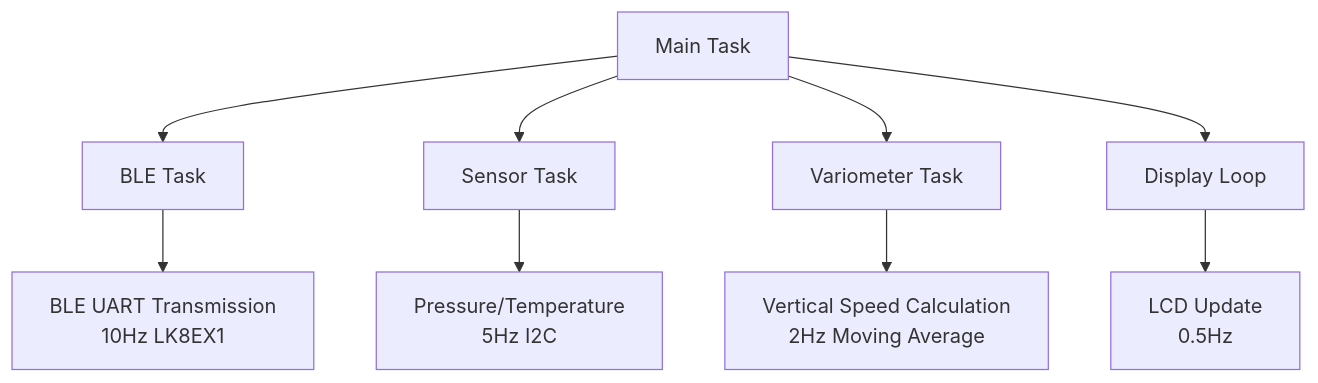
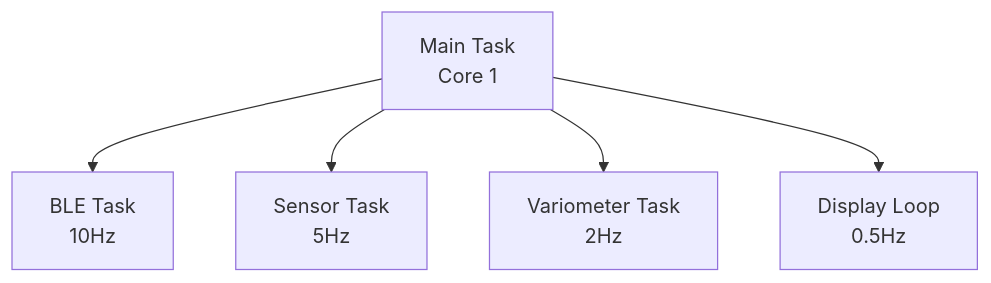
One commit to oli4wolf/m5core2-xctrack changed the first of 2 diagrams in spec/architecture.md. Above: the diagram before and after it, drawn with Mermaid. The commit also changed other lines of this file and 8 other files, not shown here.

````diff
--- a/spec/architecture.md
+++ b/spec/architecture.md
@@ -19,12 +16,7 @@
 ```mermaid
 graph TD
-    A[Main Task] --> B[BLE Task]
-    A --> C[Sensor Task]
-    A --> D[Variometer Task]
-    A --> F[Display Loop]
-
-    B --> G[BLE UART Transmission<br/>10Hz LK8EX1]
-    C --> H[Pressure/Temperature<br/>5Hz I2C]
-    D --> I[Vertical Speed Calculation<br/>2Hz Moving Average]
-    F --> J[LCD Update<br/>0.5Hz]
+    A[Main Task<br/>Core 1] --> B[BLE Task<br/>10Hz]
+    A --> C[Sensor Task<br/>5Hz]
+    A --> D[Variometer Task<br/>2Hz]
+    A --> F[Display Loop<br/>0.5Hz]
 ```
````
